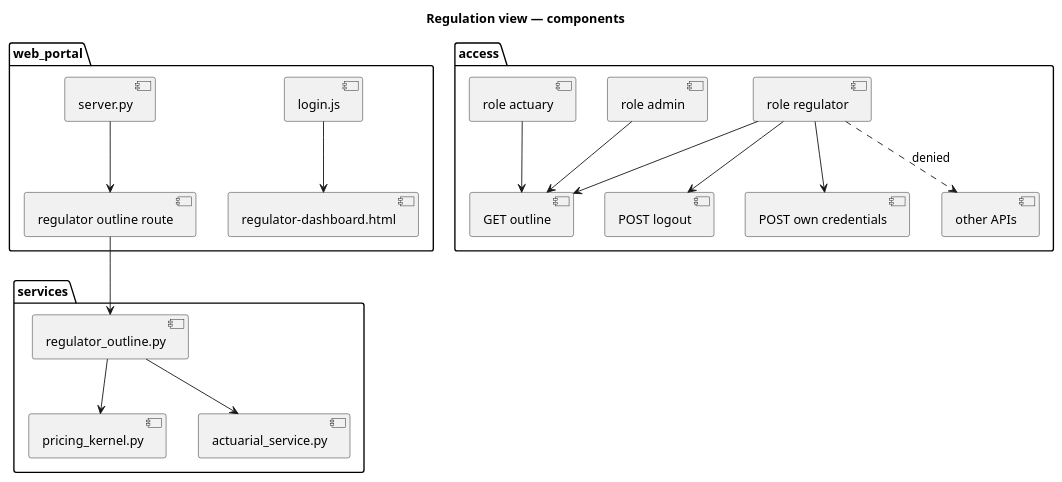
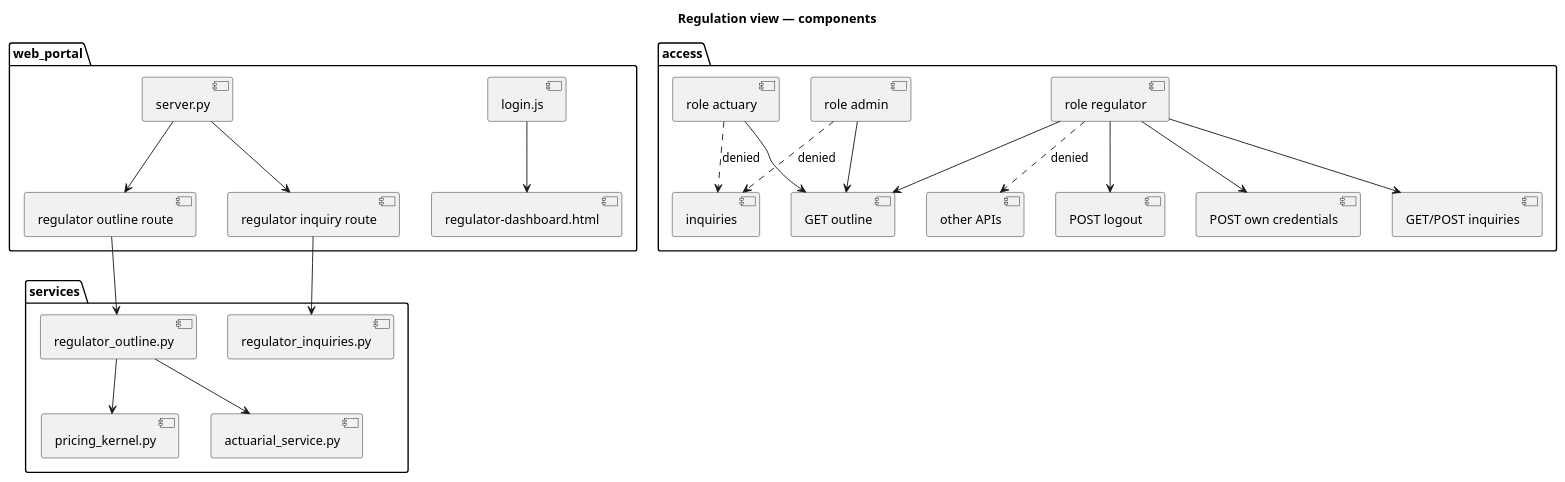
One commit to ashuryasaf/phins changed the fourth of 4 diagrams in docs/uml/regulator_view.puml. Above: the diagram before and after it, drawn with PlantUML. The commit also changed other lines of this file and 7 other files, not shown here.

First line of the commit message:
Add a regulator inquiry path separate from solutions contact.

```diff
--- a/docs/uml/regulator_view.puml
+++ b/docs/uml/regulator_view.puml
@@ -135,24 +148,30 @@
 @startuml regulator_view_components
 title Regulation view — components
 
 package "web_portal" {
   [login.js] --> [regulator-dashboard.html]
   [server.py] --> [regulator outline route]
+  [server.py] --> [regulator inquiry route]
 }
 
 package "services" {
   [regulator_outline.py] --> [pricing_kernel.py]
   [regulator_outline.py] --> [actuarial_service.py]
+  [regulator_inquiries.py]
 }
 
 package "access" {
   [role regulator] --> [GET outline]
   [role admin] --> [GET outline]
   [role actuary] --> [GET outline]
   [role regulator] --> [POST logout]
   [role regulator] --> [POST own credentials]
+  [role regulator] --> [GET/POST inquiries]
+  [role admin] ..> [inquiries] : denied
+  [role actuary] ..> [inquiries] : denied
   [role regulator] ..> [other APIs] : denied
 }
 
 [regulator outline route] --> [regulator_outline.py]
+[regulator inquiry route] --> [regulator_inquiries.py]
 @enduml
```
